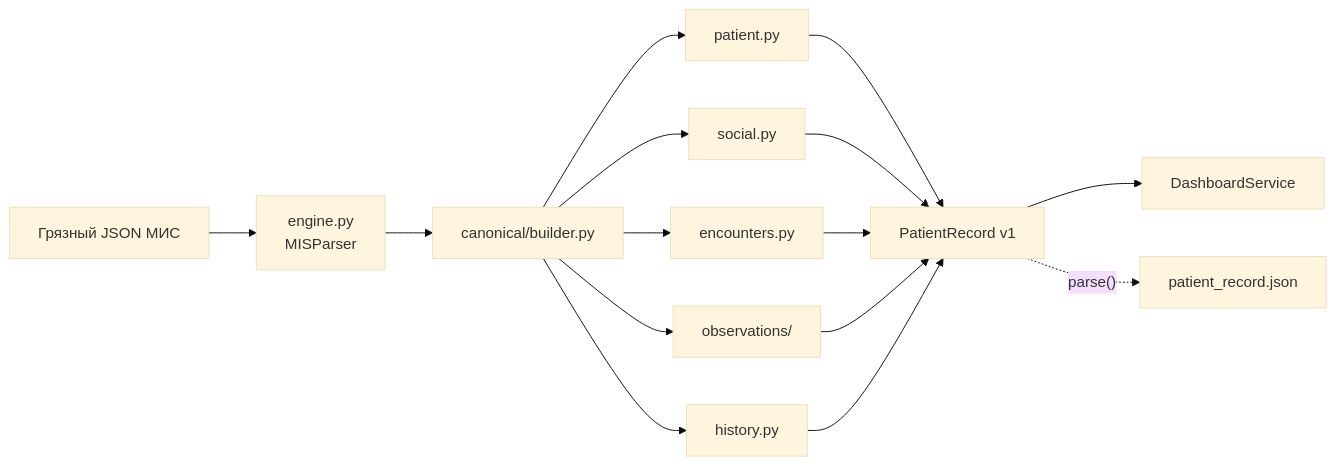
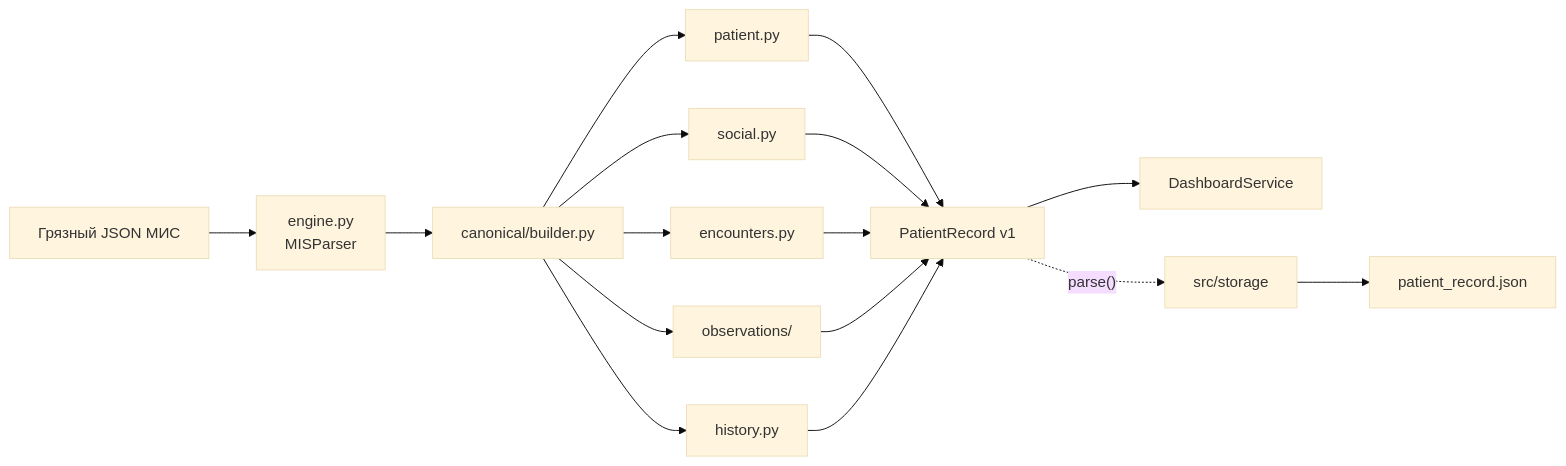
Before and after one commit to rsul07/MISDash: the first of 2 diagrams in docs/parser.md, drawn with Mermaid (base theme). The commit also changed other lines of this file and 10 other files, not shown here.

Commit message:
refactor: centralize patient record storage

````diff
--- a/docs/parser.md
+++ b/docs/parser.md
@@ -33,17 +33,18 @@
 ```mermaid
 flowchart LR
     JSON[Грязный JSON МИС] --> Engine[engine.py<br/>MISParser]
     Engine --> Builder[canonical/builder.py]
     Builder --> Patient[patient.py]
     Builder --> Social[social.py]
     Builder --> Encounters[encounters.py]
     Builder --> Observations[observations/]
     Builder --> History[history.py]
     Patient --> Record[PatientRecord v1]
     Social --> Record
     Encounters --> Record
     Observations --> Record
     History --> Record
     Record --> Backend[DashboardService]
-    Record -. parse() .-> JSONOut[patient_record.json]
+    Record -. parse() .-> Storage[src/storage]
+    Storage --> JSONOut[patient_record.json]
 ```
````
